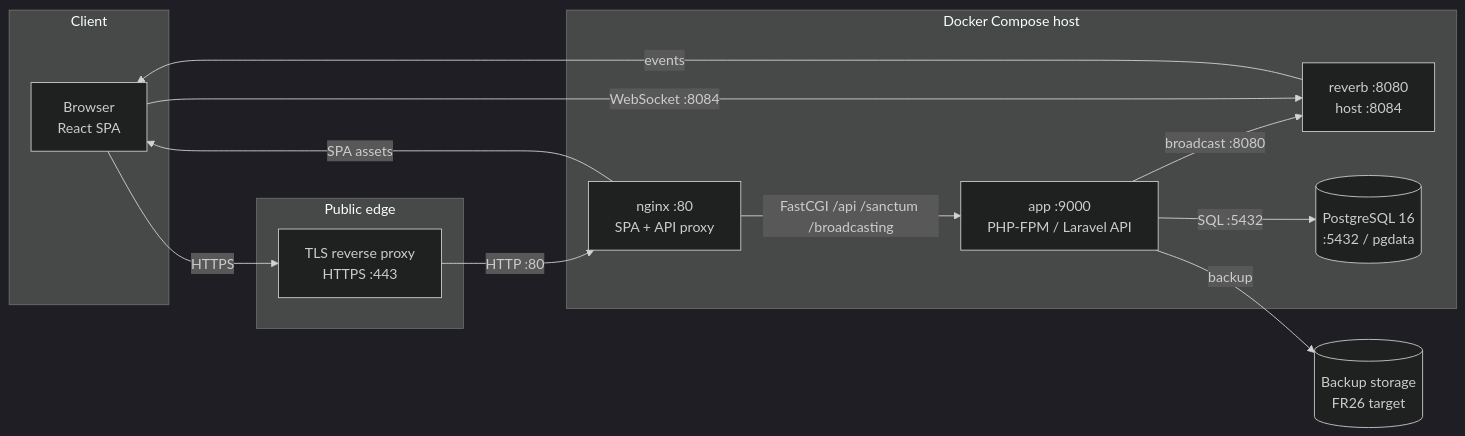
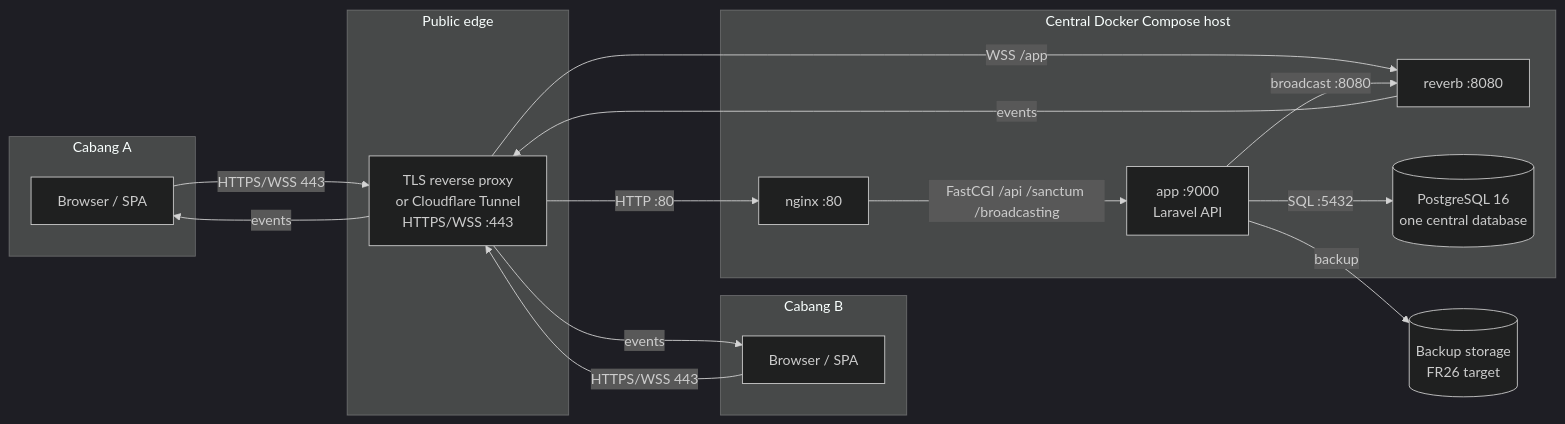
Before and after one commit to Arukast/pos_alja: the second of 2 diagrams in docs/architecture/deployment.md, drawn with Mermaid (dark theme). The commit also changed other lines of this file, not shown here.

````diff
--- a/docs/architecture/deployment.md
+++ b/docs/architecture/deployment.md
@@ -12,26 +37,31 @@
 ```mermaid
 flowchart LR
-    subgraph CLIENT["Client"]
-        Browser["Browser<br/>React SPA"]
+    subgraph BRANCH_A["Cabang A"]
+        A["Browser / SPA"]
+    end
+    subgraph BRANCH_B["Cabang B"]
+        B["Browser / SPA"]
     end
     subgraph EDGE["Public edge"]
-        TLS["TLS reverse proxy<br/>HTTPS :443"]
+        TLS["TLS reverse proxy<br/>or Cloudflare Tunnel<br/>HTTPS/WSS :443"]
     end
-    subgraph HOST["Docker Compose host"]
-        Nginx["nginx :80<br/>SPA + API proxy"]
-        App["app :9000<br/>PHP-FPM / Laravel API"]
-        Reverb["reverb :8080<br/>host :8084"]
-        DB[("PostgreSQL 16<br/>:5432 / pgdata")]
+    subgraph HOST["Central Docker Compose host"]
+        Nginx["nginx :80"]
+        App["app :9000<br/>Laravel API"]
+        Reverb["reverb :8080"]
+        DB[("PostgreSQL 16<br/>one central database")]
     end
     Backup[("Backup storage<br/>FR26 target")]
 
-    Browser -->|"HTTPS"| TLS
+    A -->|"HTTPS/WSS 443"| TLS
+    B -->|"HTTPS/WSS 443"| TLS
     TLS -->|"HTTP :80"| Nginx
-    Nginx -->|"SPA assets"| Browser
+    TLS -->|"WSS /app"| Reverb
     Nginx -->|"FastCGI /api /sanctum /broadcasting"| App
     App -->|"SQL :5432"| DB
     App -->|"broadcast :8080"| Reverb
-    Browser -->|"WebSocket :8084"| Reverb
-    Reverb -->|"events"| Browser
+    Reverb -->|"events"| TLS
+    TLS -->|"events"| A
+    TLS -->|"events"| B
     App -->|"backup"| Backup
 ```
````
